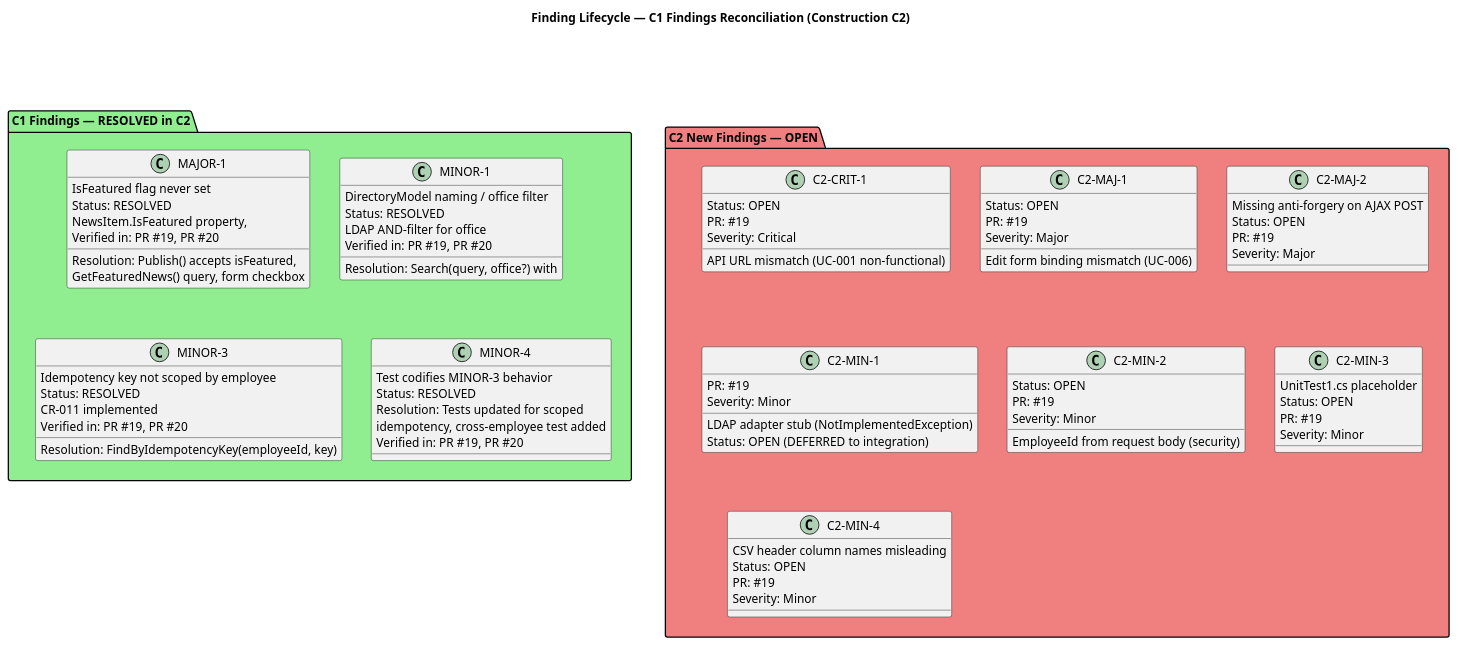
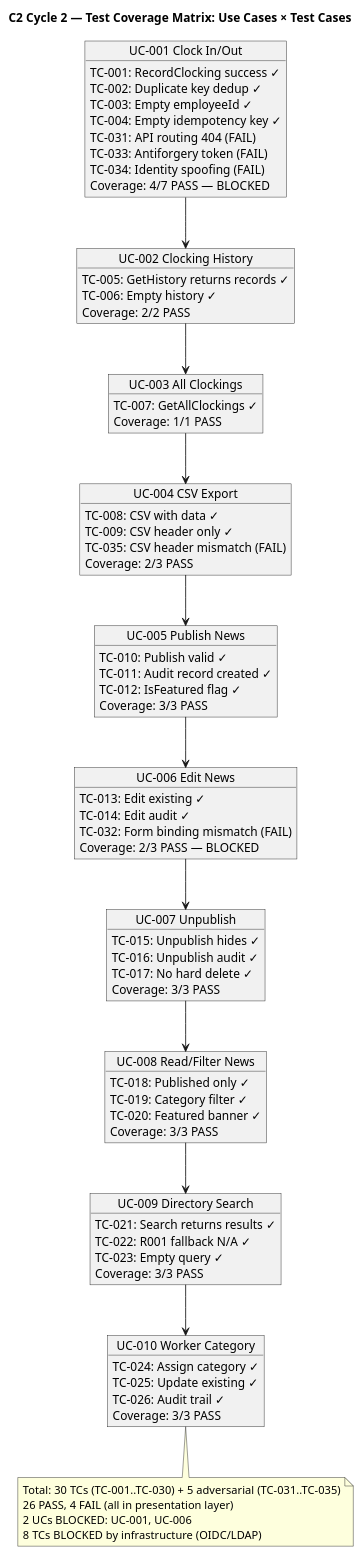
Before and after one commit to banense-test/portal-cuba-corp: the third of 3 diagrams in docs/artifacts/project-management/review-record.md, drawn with PlantUML. The commit also changed other lines of this file, not shown here.

First line of the commit message:
Reviewer [C2]: upsert Review Record

````diff
--- a/docs/artifacts/project-management/review-record.md
+++ b/docs/artifacts/project-management/review-record.md
@@ -367,88 +332,97 @@
 ```plantuml
 @startuml
-title Finding Lifecycle — C1 Findings Reconciliation (Construction C2)
+title C2 Cycle 2 — Test Coverage Matrix: Use Cases × Test Cases
 
 skinparam classAttributeIconSize 0
 skinparam monochrome false
 
-package "C1 Findings — RESOLVED in C2" as resolved #LightGreen {
-  class "MAJOR-1" as maj1 {
-    IsFeatured flag never set
-    Status: RESOLVED
-    Resolution: Publish() accepts isFeatured,
-    NewsItem.IsFeatured property,
-    GetFeaturedNews() query, form checkbox
-    Verified in: PR #19, PR #20
-  }
-  class "MINOR-1" as min1 {
-    DirectoryModel naming / office filter
-    Status: RESOLVED
-    Resolution: Search(query, office?) with
-    LDAP AND-filter for office
-    Verified in: PR #19, PR #20
-  }
-  class "MINOR-3" as min3 {
-    Idempotency key not scoped by employee
-    Status: RESOLVED
-    Resolution: FindByIdempotencyKey(employeeId, key)
-    CR-011 implemented
-    Verified in: PR #19, PR #20
-  }
-  class "MINOR-4" as min4 {
-    Test codifies MINOR-3 behavior
-    Status: RESOLVED
-    Resolution: Tests updated for scoped
-    idempotency, cross-employee test added
-    Verified in: PR #19, PR #20
-  }
+object "UC-001 Clock In/Out" as UC1 {
+  TC-001: RecordClocking success ✓
+  TC-002: Duplicate key dedup ✓
+  TC-003: Empty employeeId ✓
+  TC-004: Empty idempotency key ✓
+  TC-031: API routing 404 (FAIL)
+  TC-033: Antiforgery token (FAIL)
+  TC-034: Identity spoofing (FAIL)
+  Coverage: 4/7 PASS — BLOCKED
 }
 
-package "C2 New Findings — OPEN" as open #LightCoral {
-  class "C2-CRIT-1" as crit1 {
-    API URL mismatch (UC-001 non-functional)
-    Status: OPEN
-    PR: #19
-    Severity: Critical
-  }
-  class "C2-MAJ-1" as maj2_1 {
-    Edit form binding mismatch (UC-006)
-    Status: OPEN
-    PR: #19
-    Severity: Major
-  }
-  class "C2-MAJ-2" as maj2_2 {
-    Missing anti-forgery on AJAX POST
-    Status: OPEN
-    PR: #19
-    Severity: Major
-  }
-  class "C2-MIN-1" as min2_1 {
-    LDAP adapter stub (NotImplementedException)
-    Status: OPEN (DEFERRED to integration)
-    PR: #19
-    Severity: Minor
-  }
-  class "C2-MIN-2" as min2_2 {
-    EmployeeId from request body (security)
-    Status: OPEN
-    PR: #19
-    Severity: Minor
-  }
-  class "C2-MIN-3" as min2_3 {
-    UnitTest1.cs placeholder
-    Status: OPEN
-    PR: #19
-    Severity: Minor
-  }
-  class "C2-MIN-4" as min2_4 {
-    CSV header column names misleading
-    Status: OPEN
-    PR: #19
-    Severity: Minor
-  }
+object "UC-002 Clocking History" as UC2 {
+  TC-005: GetHistory returns records ✓
+  TC-006: Empty history ✓
+  Coverage: 2/2 PASS
 }
 
-resolved -[hidden]right-> open
+object "UC-003 All Clockings" as UC3 {
+  TC-007: GetAllClockings ✓
+  Coverage: 1/1 PASS
+}
+
+object "UC-004 CSV Export" as UC4 {
+  TC-008: CSV with data ✓
+  TC-009: CSV header only ✓
+  TC-035: CSV header mismatch (FAIL)
+  Coverage: 2/3 PASS
+}
+
+object "UC-005 Publish News" as UC5 {
+  TC-010: Publish valid ✓
+  TC-011: Audit record created ✓
+  TC-012: IsFeatured flag ✓
+  Coverage: 3/3 PASS
+}
+
+object "UC-006 Edit News" as UC6 {
+  TC-013: Edit existing ✓
+  TC-014: Edit audit ✓
+  TC-032: Form binding mismatch (FAIL)
+  Coverage: 2/3 PASS — BLOCKED
+}
+
+object "UC-007 Unpublish" as UC7 {
+  TC-015: Unpublish hides ✓
+  TC-016: Unpublish audit ✓
+  TC-017: No hard delete ✓
+  Coverage: 3/3 PASS
+}
+
+object "UC-008 Read/Filter News" as UC8 {
+  TC-018: Published only ✓
+  TC-019: Category filter ✓
+  TC-020: Featured banner ✓
+  Coverage: 3/3 PASS
+}
+
+object "UC-009 Directory Search" as UC9 {
+  TC-021: Search returns results ✓
+  TC-022: R001 fallback N/A ✓
+  TC-023: Empty query ✓
+  Coverage: 3/3 PASS
+}
+
+object "UC-010 Worker Category" as UC10 {
+  TC-024: Assign category ✓
+  TC-025: Update existing ✓
+  TC-026: Audit trail ✓
+  Coverage: 3/3 PASS
+}
+
+UC1 --> UC2
+UC2 --> UC3
+UC3 --> UC4
+UC4 --> UC5
+UC5 --> UC6
+UC6 --> UC7
+UC7 --> UC8
+UC8 --> UC9
+UC9 --> UC10
+
+note bottom of UC10
+  Total: 30 TCs (TC-001..TC-030) + 5 adversarial (TC-031..TC-035)
+  26 PASS, 4 FAIL (all in presentation layer)
+  2 UCs BLOCKED: UC-001, UC-006
+  8 TCs BLOCKED by infrastructure (OIDC/LDAP)
+end note
 
 @enduml
 ```
````
